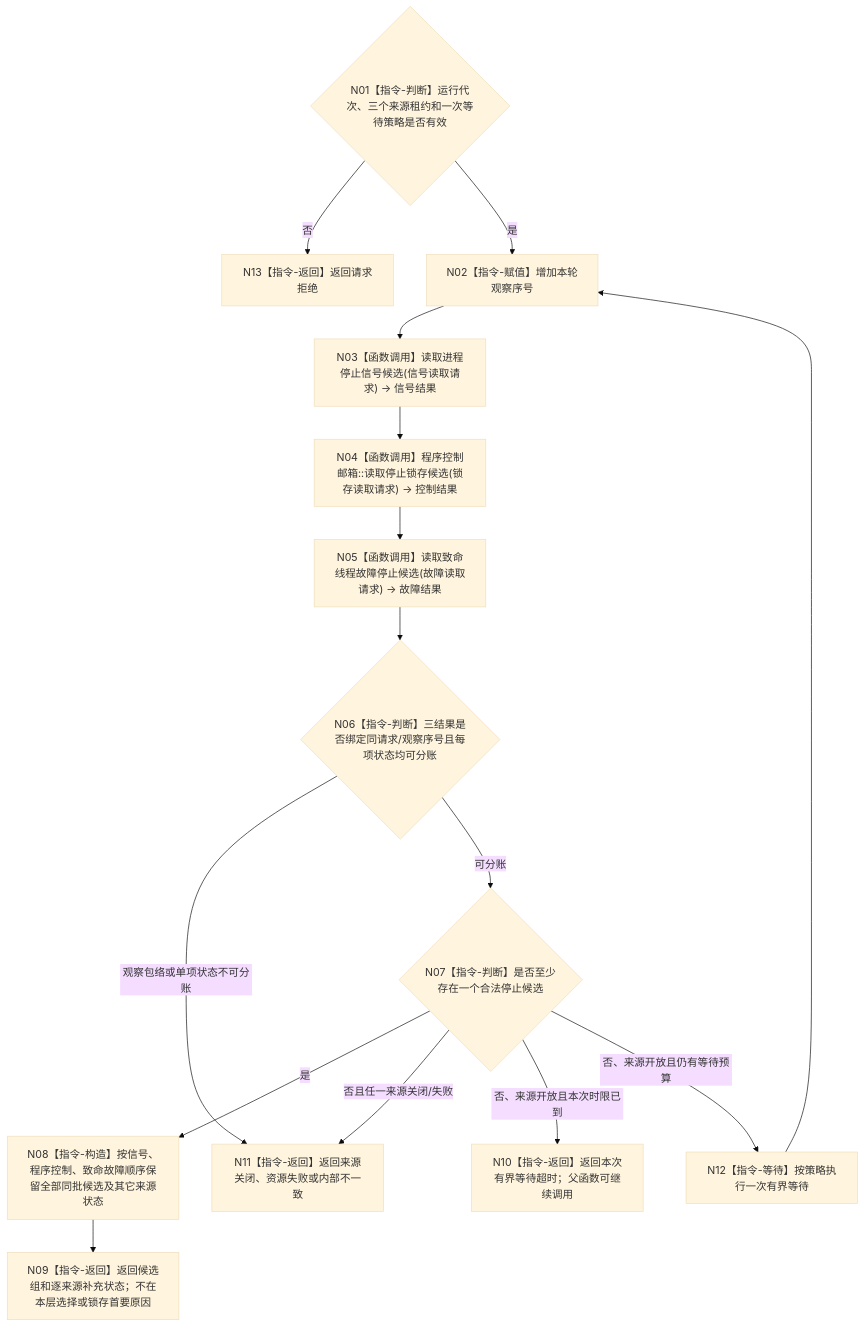
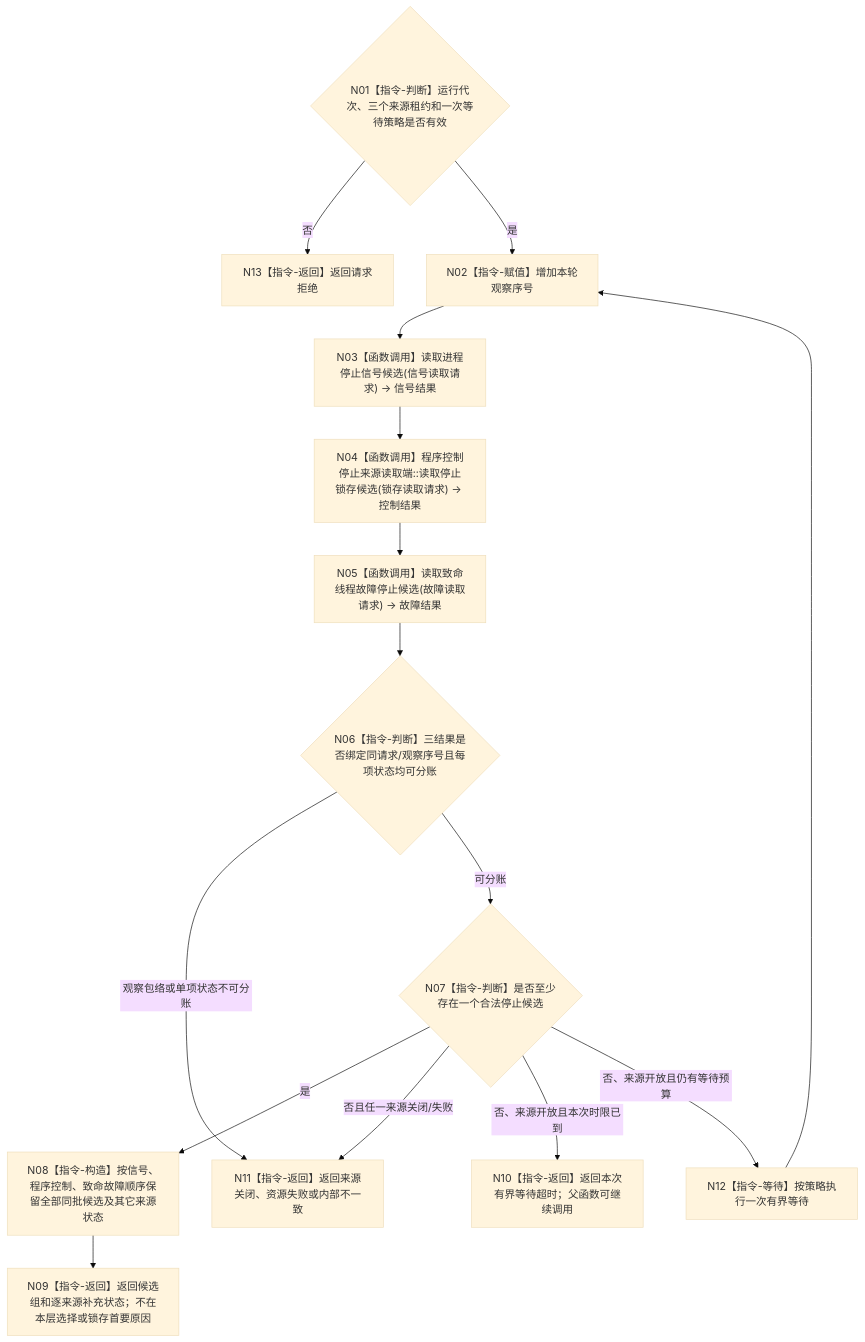
Before and after one commit to chunhaizh-cyber/HY-Ego: the diagram in 流程图/目标业务流程图/L3/BIZ-L3-001-10-01_等待任一停止来源_目标函数流程图_v0.1.md, drawn with Mermaid (base theme). The commit also changed other lines of this file and 14 other files, not shown here.

````diff
--- a/流程图/目标业务流程图/L3/BIZ-L3-001-10-01_等待任一停止来源_目标函数流程图_v0.1.md
+++ b/流程图/目标业务流程图/L3/BIZ-L3-001-10-01_等待任一停止来源_目标函数流程图_v0.1.md
@@ -30,25 +30,25 @@
 ```mermaid
 flowchart TD
     N01{"N01【指令-判断】运行代次、三个来源租约和一次等待策略是否有效"}
     N02["N02【指令-赋值】增加本轮观察序号"]
     N03["N03【函数调用】读取进程停止信号候选(信号读取请求) -> 信号结果"]
-    N04["N04【函数调用】程序控制邮箱::读取停止锁存候选(锁存读取请求) -> 控制结果"]
+    N04["N04【函数调用】程序控制停止来源读取端::读取停止锁存候选(锁存读取请求) -> 控制结果"]
     N05["N05【函数调用】读取致命线程故障停止候选(故障读取请求) -> 故障结果"]
     N06{"N06【指令-判断】三结果是否绑定同请求/观察序号且每项状态均可分账"}
     N07{"N07【指令-判断】是否至少存在一个合法停止候选"}
     N08["N08【指令-构造】按信号、程序控制、致命故障顺序保留全部同批候选及其它来源状态"]
     N09["N09【指令-返回】返回候选组和逐来源补充状态；不在本层选择或锁存首要原因"]
     N10["N10【指令-返回】返回本次有界等待超时；父函数可继续调用"]
     N11["N11【指令-返回】返回来源关闭、资源失败或内部不一致"]
     N12["N12【指令-等待】按策略执行一次有界等待"]
     N13["N13【指令-返回】返回请求拒绝"]
 
     N01 -->|否| N13
     N01 -->|是| N02 --> N03 --> N04 --> N05 --> N06
     N06 -->|观察包络或单项状态不可分账| N11
     N06 -->|可分账| N07
     N07 -->|是| N08 --> N09
     N07 -->|否且任一来源关闭/失败| N11
     N07 -->|否、来源开放且本次时限已到| N10
     N07 -->|否、来源开放且仍有等待预算| N12 --> N02
 ```
````
